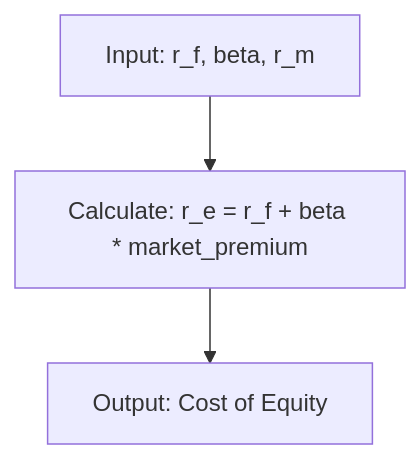
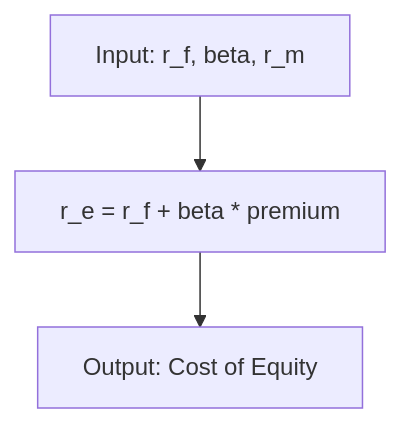
One commit to wahidyankf/ose-primer changed the diagram in governance/conventions/formatting/mathematical-notation.md. Above: the diagram before and after it, drawn with Mermaid. The commit also changed other lines of this file and 534 other files, not shown here.

````diff
--- a/governance/conventions/formatting/mathematical-notation.md
+++ b/governance/conventions/formatting/mathematical-notation.md
@@ -294,5 +292,5 @@
 ```mermaid
 graph TD
- A[Input: r_f, beta, r_m] --> B[Calculate: r_e = r_f + beta * market_premium]
+ A[Input: r_f, beta, r_m] --> B["r_e = r_f + beta * premium"]
  B --> C[Output: Cost of Equity]
 ```
````
